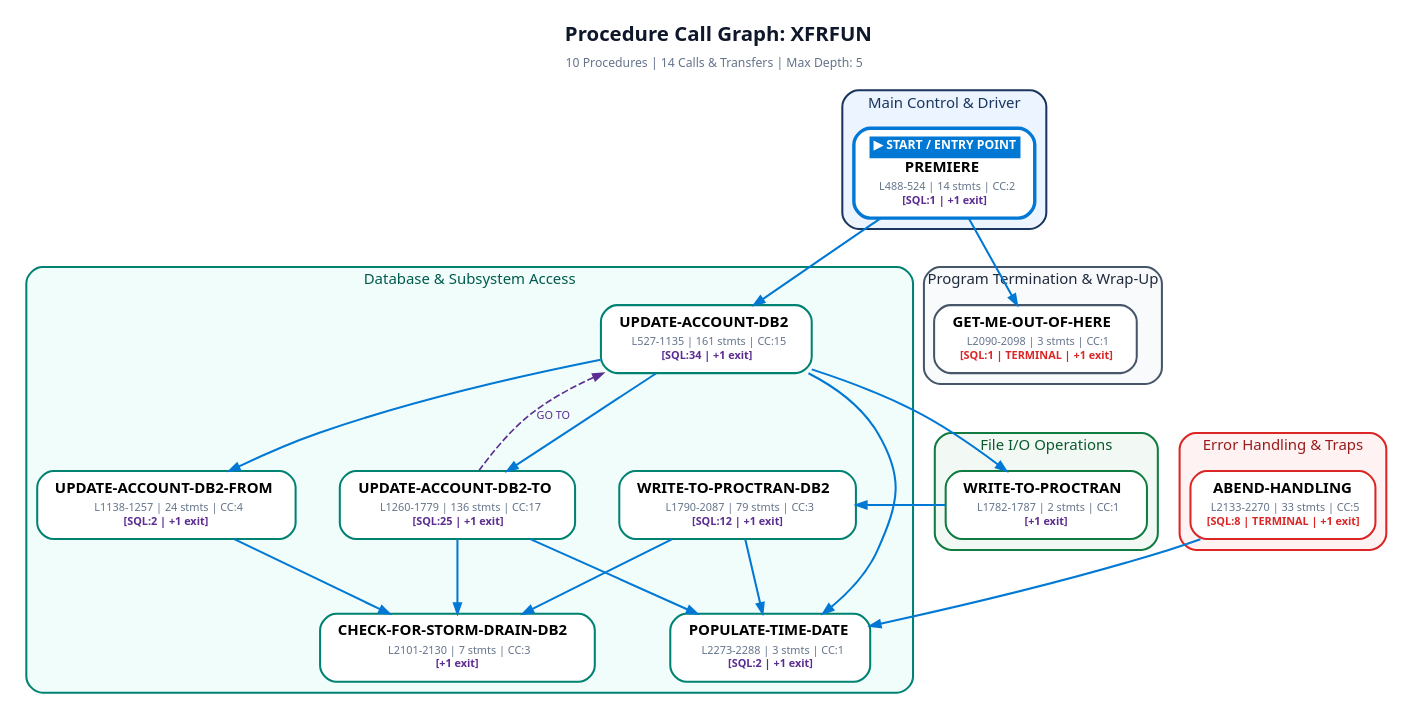
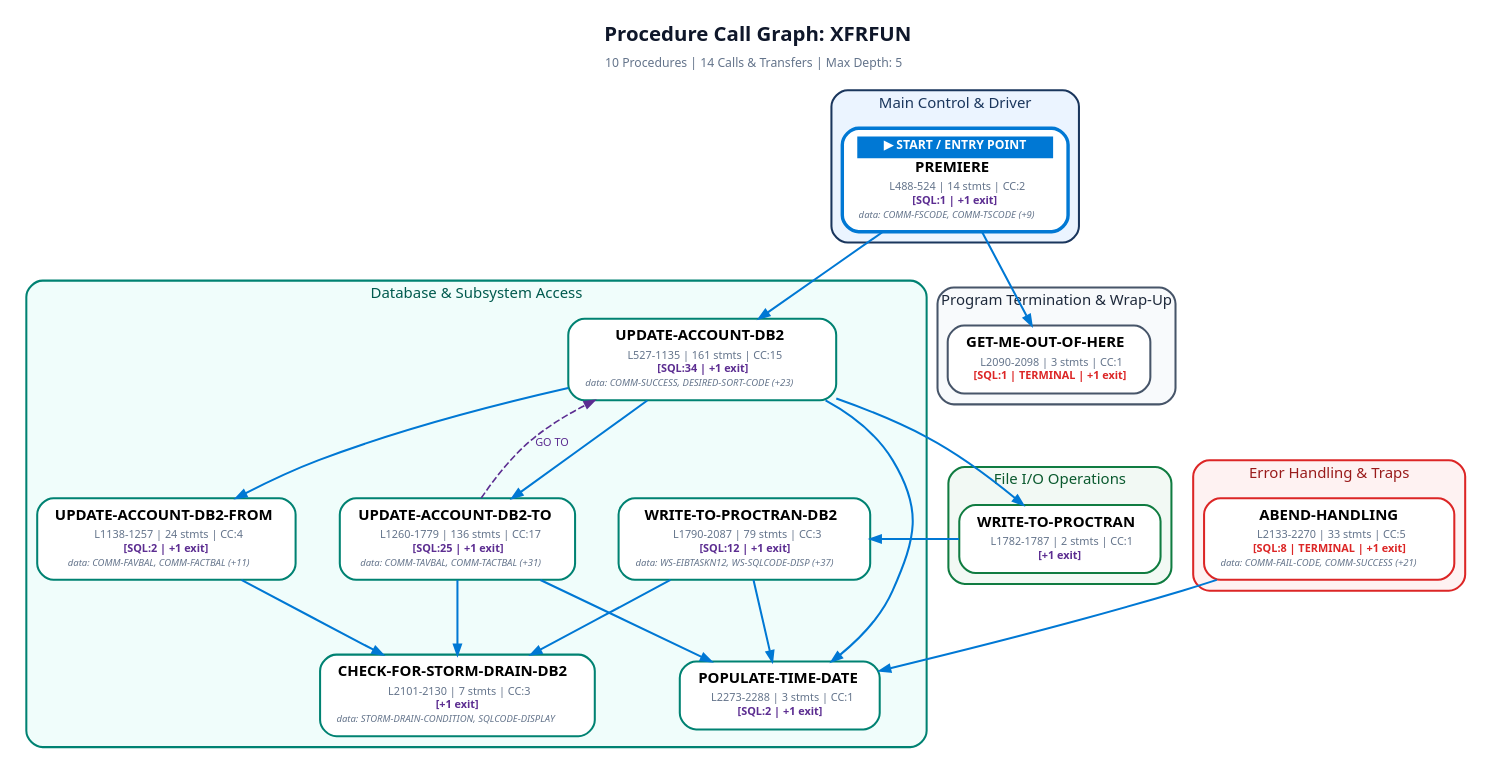
One commit to GoudaCouda/cobolscope changed the diagram in examples/XFRFUN_call_graph.dot. Above: the diagram before and after it, drawn with Graphviz. The commit also changed 8 other files, not shown here.

Commit message:
feat(dict,graph): stacked breadcrumb section/para labels in data dictionary; subtle field lineage in CFG DOT nodes

```diff
--- a/examples/XFRFUN_call_graph.dot
+++ b/examples/XFRFUN_call_graph.dot
@@ -27,7 +27,7 @@
         fontsize=11;
         penwidth=1.5;
 
-        p_PREMIERE [label=<<table border="0" cellborder="0" cellspacing="0" cellpadding="2"><tr><td align="center" bgcolor="#0078D4" cellpadding="3"><font color="#FFFFFF" point-size="9"><b>&#9654; START / ENTRY POINT</b></font></td></tr><tr><td align="center" cellpadding="2"><b><font point-size="11">PREMIERE</font></b></td></tr><tr><td align="center" cellpadding="1"><font color="#64748B" point-size="8">L488-524 | 14 stmts | CC:2</font></td></tr><tr><td align="center" cellpadding="1"><font color="#5C2D91" point-size="8"><b>[SQL:1 | +1 exit]</b></font></td></tr></table>>, fillcolor="#FFFFFF", color="#0078D4", penwidth=2.5, tooltip="[START] PREMIERE (Lines 488-524)"];
+        p_PREMIERE [label=<<table border="0" cellborder="0" cellspacing="0" cellpadding="2"><tr><td align="center" bgcolor="#0078D4" cellpadding="3"><font color="#FFFFFF" point-size="9"><b>&#9654; START / ENTRY POINT</b></font></td></tr><tr><td align="center" cellpadding="2"><b><font point-size="11">PREMIERE</font></b></td></tr><tr><td align="center" cellpadding="1"><font color="#64748B" point-size="8">L488-524 | 14 stmts | CC:2</font></td></tr><tr><td align="center" cellpadding="1"><font color="#5C2D91" point-size="8"><b>[SQL:1 | +1 exit]</b></font></td></tr><tr><td align="center" cellpadding="1"><font color="#64748B" point-size="7.5"><i>data: COMM-FSCODE, COMM-TSCODE (+9)</i></font></td></tr></table>>, fillcolor="#FFFFFF", color="#0078D4", penwidth=2.5, tooltip="[START] PREMIERE (Lines 488-524) | Data: COMM-FSCODE, COMM-TSCODE, COMM-FAIL-CODE, COMM-SUCCESS"];
     }
 
     subgraph "cluster_1_cluster_file_io" {
@@ -51,11 +51,11 @@
         fontsize=11;
         penwidth=1.5;
 
-        p_UPDATE_ACCOUNT_DB2 [label=<<table border="0" cellborder="0" cellspacing="0" cellpadding="2"><tr><td align="center" cellpadding="2"><b><font point-size="11">UPDATE-ACCOUNT-DB2</font></b></td></tr><tr><td align="center" cellpadding="1"><font color="#64748B" point-size="8">L527-1135 | 161 stmts | CC:15</font></td></tr><tr><td align="center" cellpadding="1"><font color="#5C2D91" point-size="8"><b>[SQL:34 | +1 exit]</b></font></td></tr></table>>, fillcolor="#FFFFFF", color="#008272", penwidth=1.5, tooltip="UPDATE-ACCOUNT-DB2 (Lines 527-1135)"];
-        p_UPDATE_ACCOUNT_DB2_FROM [label=<<table border="0" cellborder="0" cellspacing="0" cellpadding="2"><tr><td align="center" cellpadding="2"><b><font point-size="11">UPDATE-ACCOUNT-DB2-FROM</font></b></td></tr><tr><td align="center" cellpadding="1"><font color="#64748B" point-size="8">L1138-1257 | 24 stmts | CC:4</font></td></tr><tr><td align="center" cellpadding="1"><font color="#5C2D91" point-size="8"><b>[SQL:2 | +1 exit]</b></font></td></tr></table>>, fillcolor="#FFFFFF", color="#008272", penwidth=1.5, tooltip="UPDATE-ACCOUNT-DB2-FROM (Lines 1138-1257)"];
-        p_UPDATE_ACCOUNT_DB2_TO [label=<<table border="0" cellborder="0" cellspacing="0" cellpadding="2"><tr><td align="center" cellpadding="2"><b><font point-size="11">UPDATE-ACCOUNT-DB2-TO</font></b></td></tr><tr><td align="center" cellpadding="1"><font color="#64748B" point-size="8">L1260-1779 | 136 stmts | CC:17</font></td></tr><tr><td align="center" cellpadding="1"><font color="#5C2D91" point-size="8"><b>[SQL:25 | +1 exit]</b></font></td></tr></table>>, fillcolor="#FFFFFF", color="#008272", penwidth=1.5, tooltip="UPDATE-ACCOUNT-DB2-TO (Lines 1260-1779)"];
-        p_WRITE_TO_PROCTRAN_DB2 [label=<<table border="0" cellborder="0" cellspacing="0" cellpadding="2"><tr><td align="center" cellpadding="2"><b><font point-size="11">WRITE-TO-PROCTRAN-DB2</font></b></td></tr><tr><td align="center" cellpadding="1"><font color="#64748B" point-size="8">L1790-2087 | 79 stmts | CC:3</font></td></tr><tr><td align="center" cellpadding="1"><font color="#5C2D91" point-size="8"><b>[SQL:12 | +1 exit]</b></font></td></tr></table>>, fillcolor="#FFFFFF", color="#008272", penwidth=1.5, tooltip="WRITE-TO-PROCTRAN-DB2 (Lines 1790-2087)"];
-        p_CHECK_FOR_STORM_DRAIN_DB2 [label=<<table border="0" cellborder="0" cellspacing="0" cellpadding="2"><tr><td align="center" cellpadding="2"><b><font point-size="11">CHECK-FOR-STORM-DRAIN-DB2</font></b></td></tr><tr><td align="center" cellpadding="1"><font color="#64748B" point-size="8">L2101-2130 | 7 stmts | CC:3</font></td></tr><tr><td align="center" cellpadding="1"><font color="#5C2D91" point-size="8"><b>[+1 exit]</b></font></td></tr></table>>, fillcolor="#FFFFFF", color="#008272", penwidth=1.5, tooltip="CHECK-FOR-STORM-DRAIN-DB2 (Lines 2101-2130)"];
+        p_UPDATE_ACCOUNT_DB2 [label=<<table border="0" cellborder="0" cellspacing="0" cellpadding="2"><tr><td align="center" cellpadding="2"><b><font point-size="11">UPDATE-ACCOUNT-DB2</font></b></td></tr><tr><td align="center" cellpadding="1"><font color="#64748B" point-size="8">L527-1135 | 161 stmts | CC:15</font></td></tr><tr><td align="center" cellpadding="1"><font color="#5C2D91" point-size="8"><b>[SQL:34 | +1 exit]</b></font></td></tr><tr><td align="center" cellpadding="1"><font color="#64748B" point-size="7.5"><i>data: COMM-SUCCESS, DESIRED-SORT-CODE (+23)</i></font></td></tr></table>>, fillcolor="#FFFFFF", color="#008272", penwidth=1.5, tooltip="UPDATE-ACCOUNT-DB2 (Lines 527-1135) | Data: COMM-SUCCESS, DESIRED-SORT-CODE, DESIRED-ACC-NO, ABNDINFO-REC"];
+        p_UPDATE_ACCOUNT_DB2_FROM [label=<<table border="0" cellborder="0" cellspacing="0" cellpadding="2"><tr><td align="center" cellpadding="2"><b><font point-size="11">UPDATE-ACCOUNT-DB2-FROM</font></b></td></tr><tr><td align="center" cellpadding="1"><font color="#64748B" point-size="8">L1138-1257 | 24 stmts | CC:4</font></td></tr><tr><td align="center" cellpadding="1"><font color="#5C2D91" point-size="8"><b>[SQL:2 | +1 exit]</b></font></td></tr><tr><td align="center" cellpadding="1"><font color="#64748B" point-size="7.5"><i>data: COMM-FAVBAL, COMM-FACTBAL (+11)</i></font></td></tr></table>>, fillcolor="#FFFFFF", color="#008272", penwidth=1.5, tooltip="UPDATE-ACCOUNT-DB2-FROM (Lines 1138-1257) | Data: COMM-FAVBAL, COMM-FACTBAL, COMM-FAIL-CODE, COMM-SUCCESS"];
+        p_UPDATE_ACCOUNT_DB2_TO [label=<<table border="0" cellborder="0" cellspacing="0" cellpadding="2"><tr><td align="center" cellpadding="2"><b><font point-size="11">UPDATE-ACCOUNT-DB2-TO</font></b></td></tr><tr><td align="center" cellpadding="1"><font color="#64748B" point-size="8">L1260-1779 | 136 stmts | CC:17</font></td></tr><tr><td align="center" cellpadding="1"><font color="#5C2D91" point-size="8"><b>[SQL:25 | +1 exit]</b></font></td></tr><tr><td align="center" cellpadding="1"><font color="#64748B" point-size="7.5"><i>data: COMM-TAVBAL, COMM-TACTBAL (+31)</i></font></td></tr></table>>, fillcolor="#FFFFFF", color="#008272", penwidth=1.5, tooltip="UPDATE-ACCOUNT-DB2-TO (Lines 1260-1779) | Data: COMM-TAVBAL, COMM-TACTBAL, COMM-FAIL-CODE, COMM-SUCCESS"];
+        p_WRITE_TO_PROCTRAN_DB2 [label=<<table border="0" cellborder="0" cellspacing="0" cellpadding="2"><tr><td align="center" cellpadding="2"><b><font point-size="11">WRITE-TO-PROCTRAN-DB2</font></b></td></tr><tr><td align="center" cellpadding="1"><font color="#64748B" point-size="8">L1790-2087 | 79 stmts | CC:3</font></td></tr><tr><td align="center" cellpadding="1"><font color="#5C2D91" point-size="8"><b>[SQL:12 | +1 exit]</b></font></td></tr><tr><td align="center" cellpadding="1"><font color="#64748B" point-size="7.5"><i>data: WS-EIBTASKN12, WS-SQLCODE-DISP (+37)</i></font></td></tr></table>>, fillcolor="#FFFFFF", color="#008272", penwidth=1.5, tooltip="WRITE-TO-PROCTRAN-DB2 (Lines 1790-2087) | Data: WS-EIBTASKN12, WS-SQLCODE-DISP, WS-ORIG-DATE-GRP-X, PROC-TRAN-DESC-XFR-SORTCODE"];
+        p_CHECK_FOR_STORM_DRAIN_DB2 [label=<<table border="0" cellborder="0" cellspacing="0" cellpadding="2"><tr><td align="center" cellpadding="2"><b><font point-size="11">CHECK-FOR-STORM-DRAIN-DB2</font></b></td></tr><tr><td align="center" cellpadding="1"><font color="#64748B" point-size="8">L2101-2130 | 7 stmts | CC:3</font></td></tr><tr><td align="center" cellpadding="1"><font color="#5C2D91" point-size="8"><b>[+1 exit]</b></font></td></tr><tr><td align="center" cellpadding="1"><font color="#64748B" point-size="7.5"><i>data: STORM-DRAIN-CONDITION, SQLCODE-DISPLAY</i></font></td></tr></table>>, fillcolor="#FFFFFF", color="#008272", penwidth=1.5, tooltip="CHECK-FOR-STORM-DRAIN-DB2 (Lines 2101-2130) | Data: STORM-DRAIN-CONDITION, SQLCODE-DISPLAY"];
         p_POPULATE_TIME_DATE [label=<<table border="0" cellborder="0" cellspacing="0" cellpadding="2"><tr><td align="center" cellpadding="2"><b><font point-size="11">POPULATE-TIME-DATE</font></b></td></tr><tr><td align="center" cellpadding="1"><font color="#64748B" point-size="8">L2273-2288 | 3 stmts | CC:1</font></td></tr><tr><td align="center" cellpadding="1"><font color="#5C2D91" point-size="8"><b>[SQL:2 | +1 exit]</b></font></td></tr></table>>, fillcolor="#FFFFFF", color="#008272", penwidth=1.5, tooltip="POPULATE-TIME-DATE (Lines 2273-2288)"];
     }
 
@@ -68,7 +68,7 @@
         fontsize=11;
         penwidth=1.5;
 
-        p_ABEND_HANDLING [label=<<table border="0" cellborder="0" cellspacing="0" cellpadding="2"><tr><td align="center" cellpadding="2"><b><font point-size="11">ABEND-HANDLING</font></b></td></tr><tr><td align="center" cellpadding="1"><font color="#64748B" point-size="8">L2133-2270 | 33 stmts | CC:5</font></td></tr><tr><td align="center" cellpadding="1"><font color="#DC2626" point-size="8"><b>[SQL:8 | TERMINAL | +1 exit]</b></font></td></tr></table>>, fillcolor="#FFFFFF", color="#DC2626", penwidth=1.5, tooltip="ABEND-HANDLING (Lines 2133-2270)"];
+        p_ABEND_HANDLING [label=<<table border="0" cellborder="0" cellspacing="0" cellpadding="2"><tr><td align="center" cellpadding="2"><b><font point-size="11">ABEND-HANDLING</font></b></td></tr><tr><td align="center" cellpadding="1"><font color="#64748B" point-size="8">L2133-2270 | 33 stmts | CC:5</font></td></tr><tr><td align="center" cellpadding="1"><font color="#DC2626" point-size="8"><b>[SQL:8 | TERMINAL | +1 exit]</b></font></td></tr><tr><td align="center" cellpadding="1"><font color="#64748B" point-size="7.5"><i>data: COMM-FAIL-CODE, COMM-SUCCESS (+21)</i></font></td></tr></table>>, fillcolor="#FFFFFF", color="#DC2626", penwidth=1.5, tooltip="ABEND-HANDLING (Lines 2133-2270) | Data: COMM-FAIL-CODE, COMM-SUCCESS, WS-STORM-DRAIN, SQLCODE-DISPLAY"];
     }
 
     subgraph "cluster_4_cluster_termination" {
```
